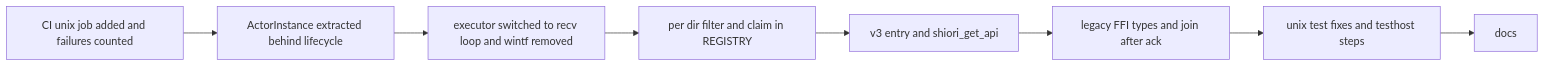
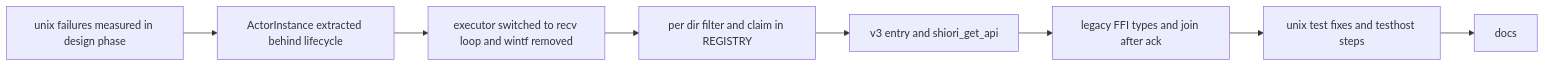
The fourth of 4 diagrams in .kiro/specs/shiori4-v3-portable/design.md (ekicyou/pasta), drawn with Mermaid before and after one commit. The commit also changed other lines of this file and 1 other file, not shown here.

````diff
--- a/.kiro/specs/shiori4-v3-portable/design.md
+++ b/.kiro/specs/shiori4-v3-portable/design.md
@@ -767,10 +786,10 @@
 ```mermaid
 flowchart LR
-    S1[CI unix job added and failures counted] --> S2[ActorInstance extracted behind lifecycle]
+    S1[unix failures measured in design phase] --> S2[ActorInstance extracted behind lifecycle]
     S2 --> S3[executor switched to recv loop and wintf removed]
     S3 --> S4[per dir filter and claim in REGISTRY]
     S4 --> S5[v3 entry and shiori_get_api]
     S5 --> S6[legacy FFI types and join after ack]
     S6 --> S7[unix test fixes and testhost steps]
     S7 --> S8[docs]
 ```
````
